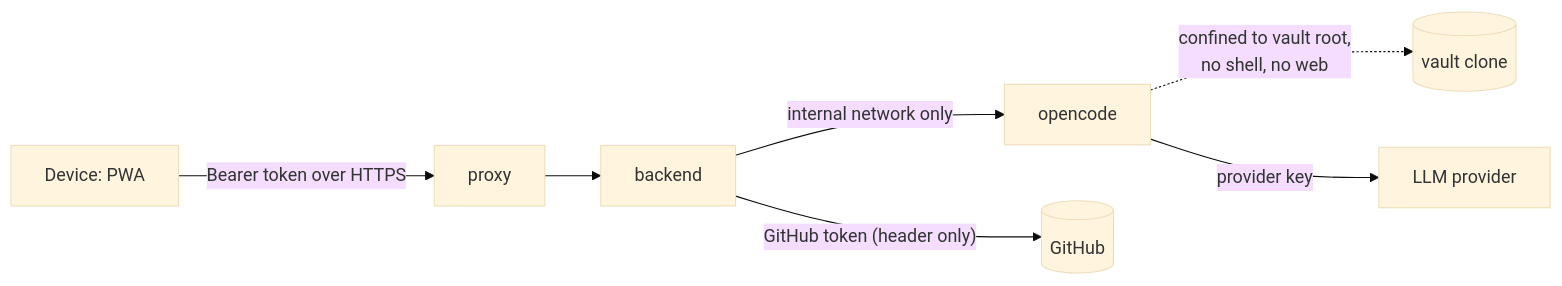
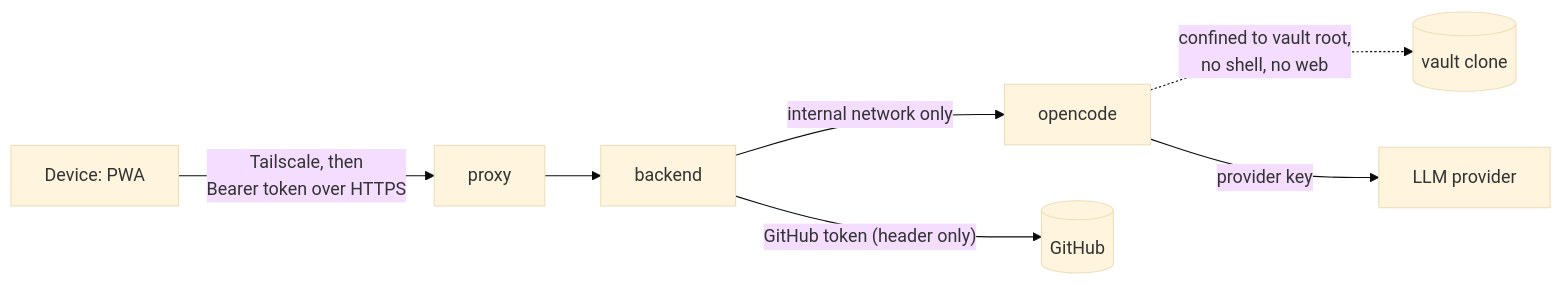
The diagram in specs/system/security.md (tillg/karpathy.ai), drawn with Mermaid (base theme) before and after one commit. The commit also changed other lines of this file and 19 other files, not shown here.

````diff
--- a/specs/system/security.md
+++ b/specs/system/security.md
@@ -14,9 +15,9 @@
 ```mermaid
 flowchart LR
-  D[Device: PWA] -- "Bearer token over HTTPS" --> P[proxy]
+  D[Device: PWA] -- "Tailscale, then<br/>Bearer token over HTTPS" --> P[proxy]
   P --> B[backend]
   B -- "internal network only" --> O[opencode]
   O -. "confined to vault root,<br/>no shell, no web" .-> V[(vault clone)]
   B -- "GitHub token (header only)" --> GH[(GitHub)]
   O -- "provider key" --> LLM[LLM provider]
 ```
````
